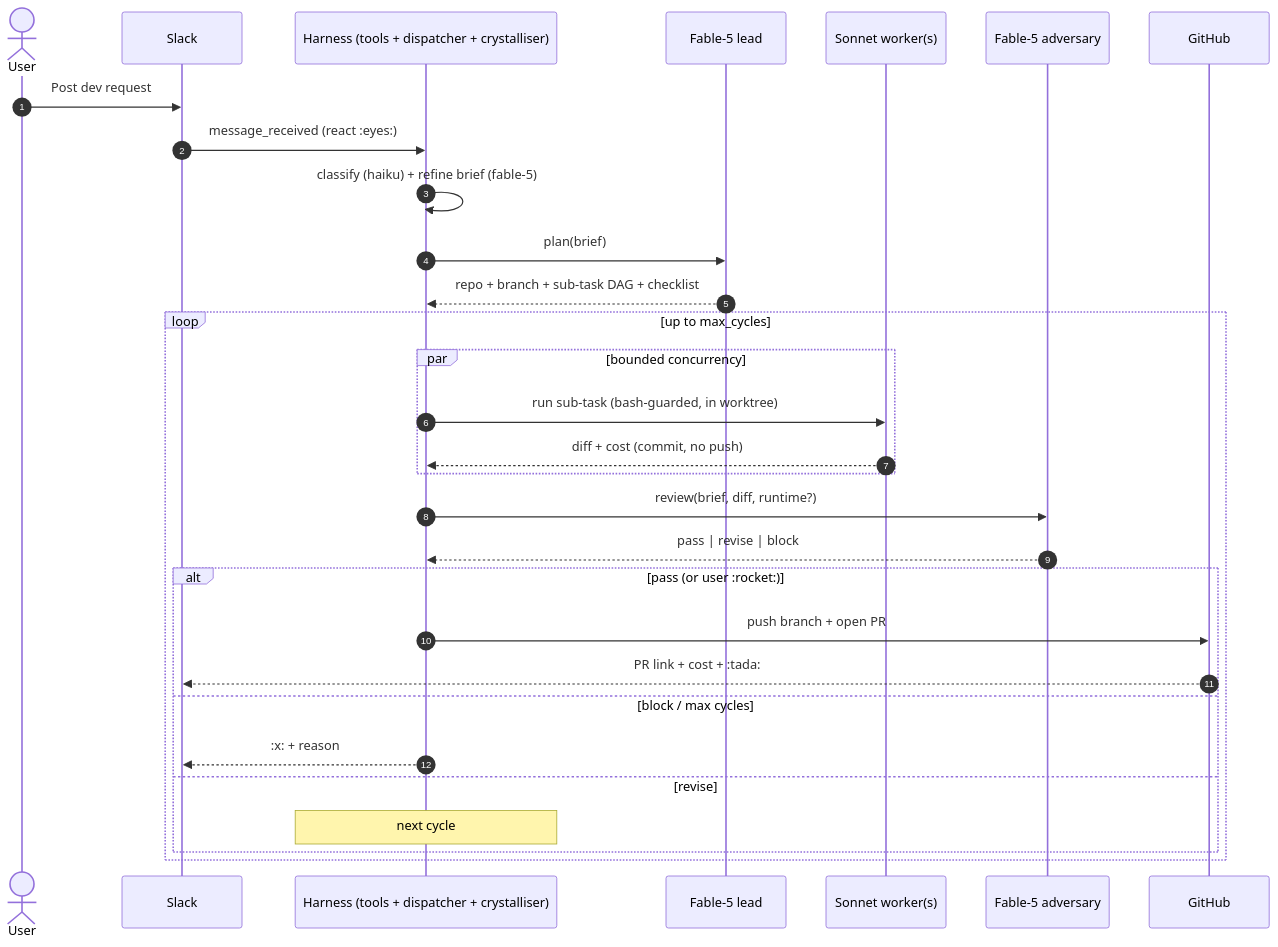
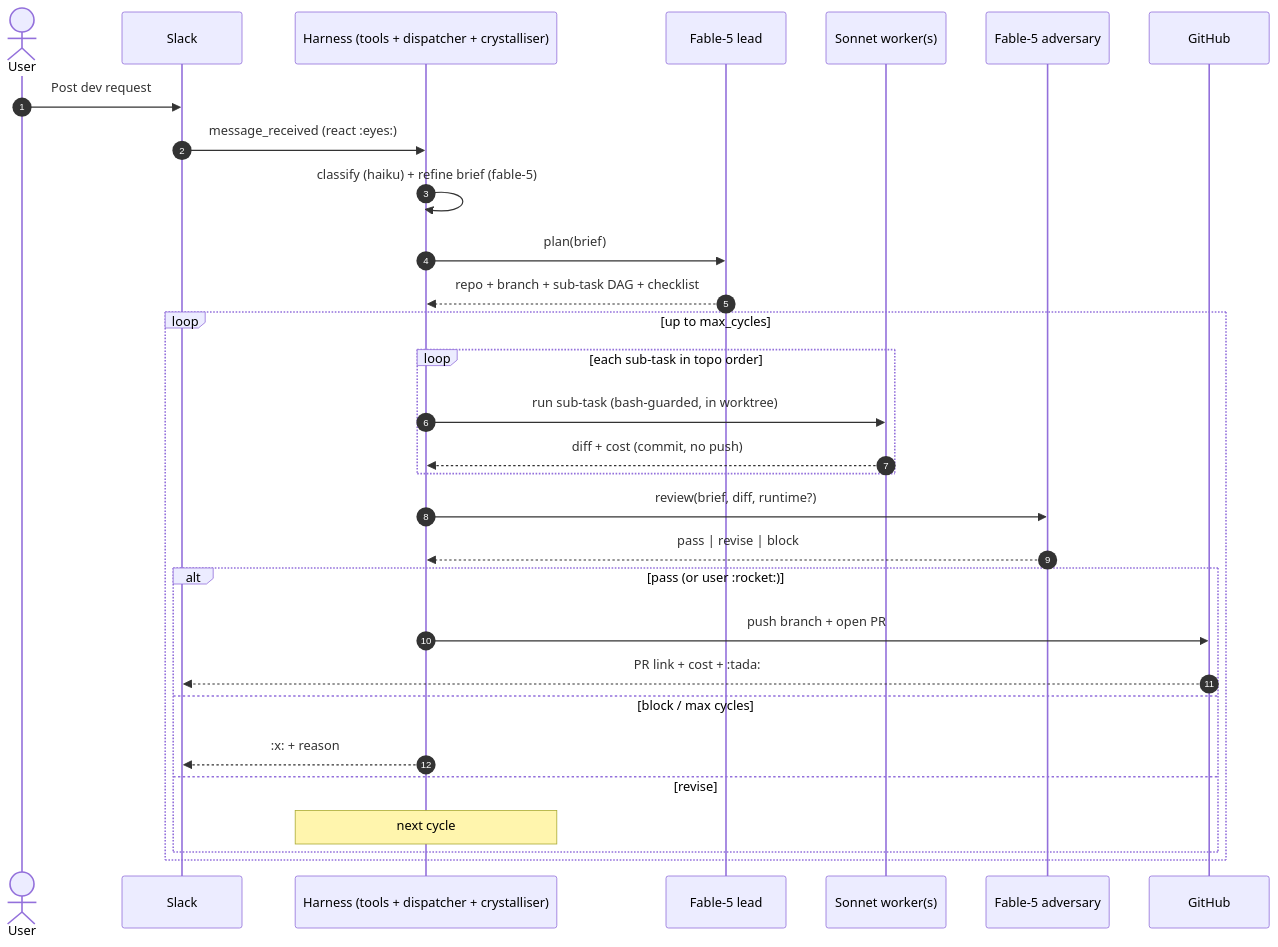
Before and after one commit to CarelvanHeerden/openclaw-agent-harness: the diagram in README.md, drawn with Mermaid. The commit also changed other lines of this file and 38 other files, not shown here.

First line of the commit message:
M1: strip parallel sub-task dispatch

````diff
--- a/README.md
+++ b/README.md
@@ -149,34 +149,34 @@
 ```mermaid
 sequenceDiagram
   autonumber
   actor User
   participant Slack
   participant Harness as Harness (tools + dispatcher + crystalliser)
   participant Lead as Fable-5 lead
   participant Worker as Sonnet worker(s)
   participant Adv as Fable-5 adversary
   participant GH as GitHub
 
   User->>Slack: Post dev request
   Slack->>Harness: message_received (react :eyes:)
   Harness->>Harness: classify (haiku) + refine brief (fable-5)
   Harness->>Lead: plan(brief)
   Lead-->>Harness: repo + branch + sub-task DAG + checklist
 
   loop up to max_cycles
-    par bounded concurrency
+    loop each sub-task in topo order
       Harness->>Worker: run sub-task (bash-guarded, in worktree)
       Worker-->>Harness: diff + cost (commit, no push)
     end
     Harness->>Adv: review(brief, diff, runtime?)
     Adv-->>Harness: pass | revise | block
     alt pass (or user :rocket:)
       Harness->>GH: push branch + open PR
       GH-->>Slack: PR link + cost + :tada:
     else block / max cycles
       Harness-->>Slack: :x: + reason
     else revise
       Note over Harness: next cycle
     end
   end
 ```
````
